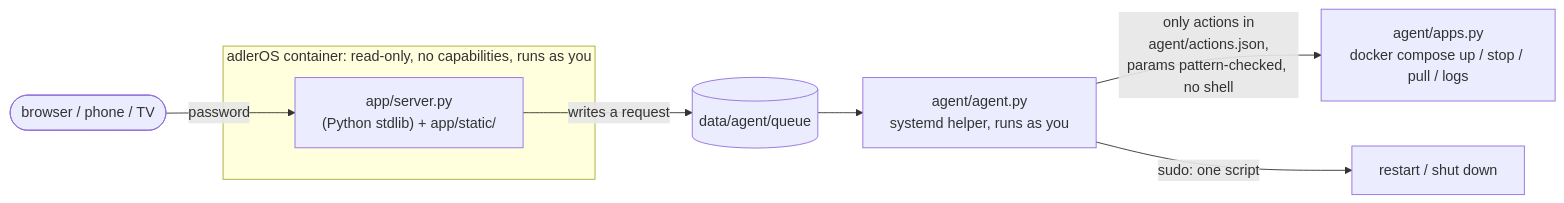
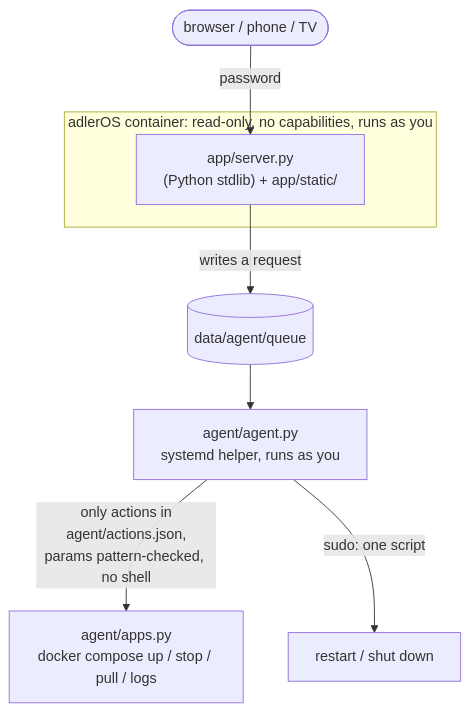
One commit to spaceadler/adlerOS changed the second of 3 diagrams in README.md. Above: the diagram before and after it, drawn with Mermaid. The commit also changed other lines of this file, not shown here.

Commit message:
docs: diagrams flow top-to-bottom where they were too wide for GitHub's frame

````diff
--- a/README.md
+++ b/README.md
@@ -36,11 +36,11 @@
 ```mermaid
-flowchart LR
+flowchart TB
     browser(["browser / phone / TV"]) -->|"password"| web
     subgraph container["adlerOS container: read-only, no capabilities, runs as you"]
         web["app/server.py<br/>(Python stdlib) + app/static/"]
     end
     web -->|"writes a request"| q[("data/agent/queue")]
     q --> agent["agent/agent.py<br/>systemd helper, runs as you"]
     agent -->|"only actions in<br/>agent/actions.json,<br/>params pattern-checked, no shell"| apps["agent/apps.py<br/>docker compose up / stop / pull / logs"]
     agent -->|"sudo: one script"| power["restart / shut down"]
 ```
````
